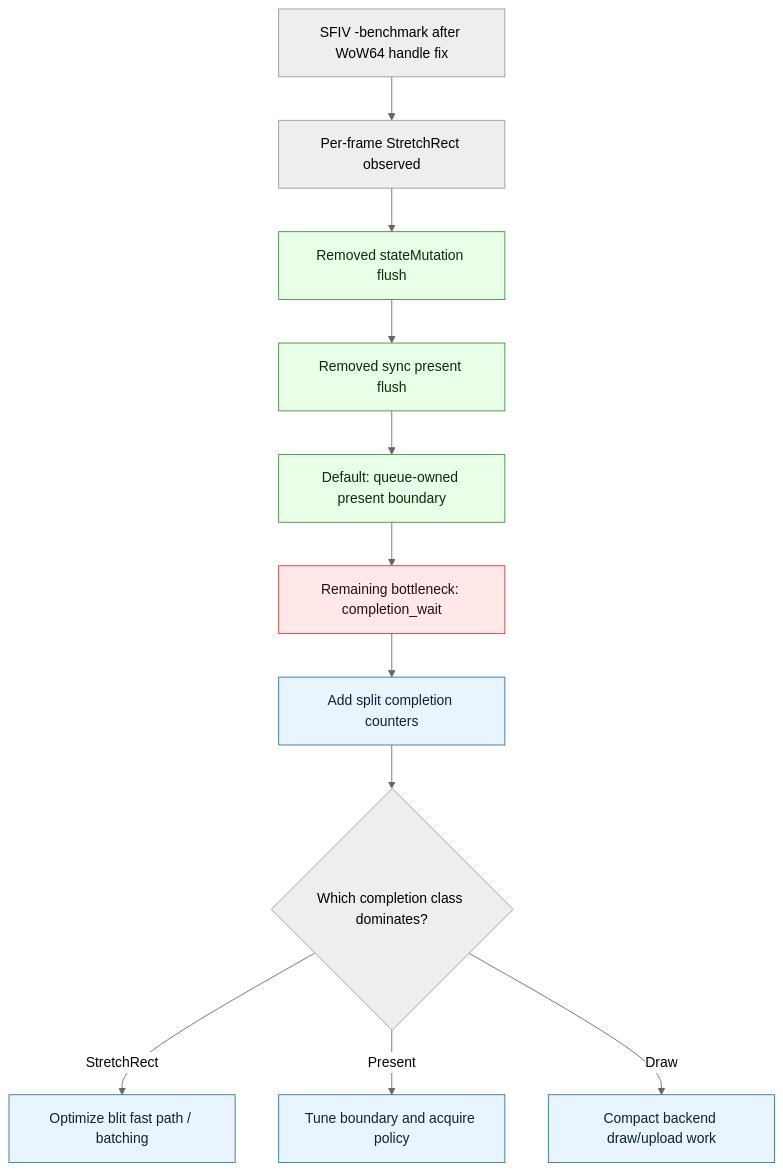
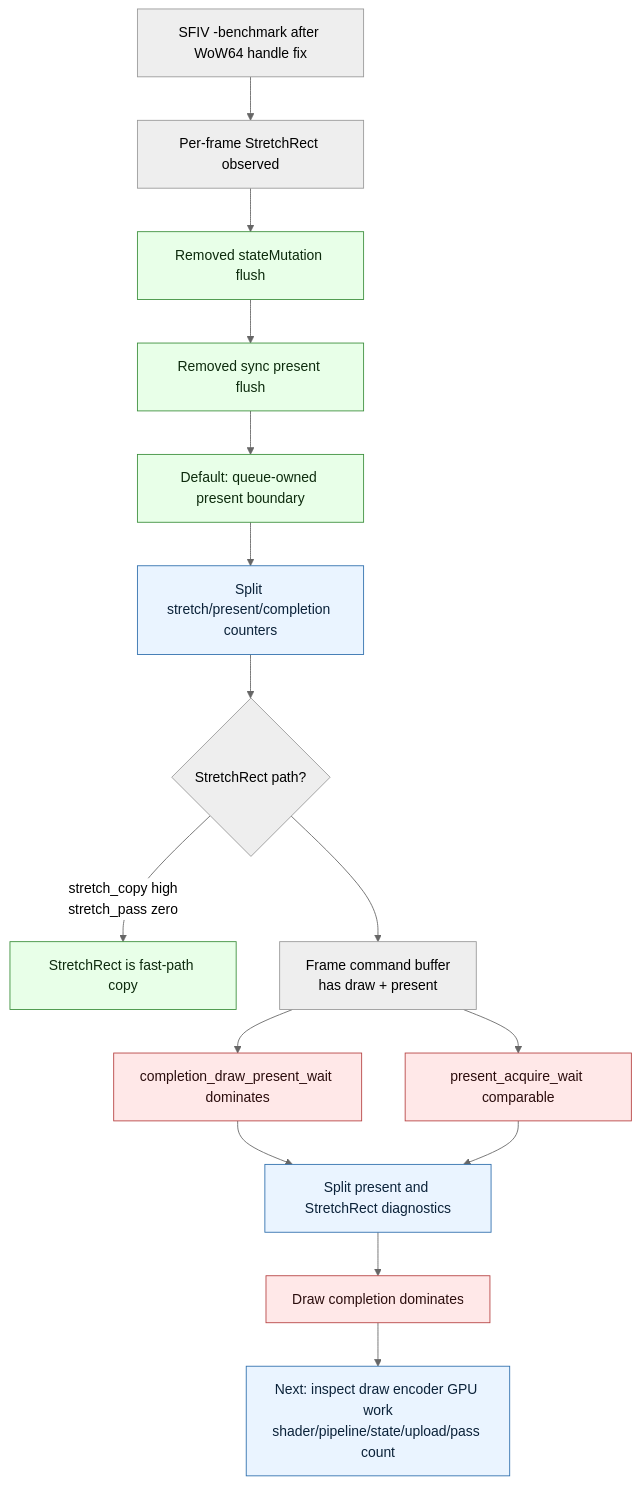
The tenth of 11 diagrams in docs/perfomance-bottleneck.md (dfdgsdfg/dxmt9), drawn with Mermaid (neutral theme) before and after one commit. The commit also changed other lines of this file and 17 other files, not shown here.

Commit message:
dxmt9: add frame diagnostics probes

````diff
--- a/docs/perfomance-bottleneck.md
+++ b/docs/perfomance-bottleneck.md
@@ -514,21 +537,24 @@
 ```mermaid
 flowchart TD
   Start[SFIV -benchmark after WoW64 handle fix] --> PerFrame[Per-frame StretchRect observed]
   PerFrame --> RemovedState[Removed stateMutation flush]
   RemovedState --> RemovedPresent[Removed sync present flush]
   RemovedPresent --> QueueBoundary[Default: queue-owned present boundary]
-  QueueBoundary --> Remaining[Remaining bottleneck: completion_wait]
-
-  Remaining --> Counters[Add split completion counters]
-  Counters --> Blit{Which completion class dominates?}
-  Blit -->|StretchRect| StretchPath[Optimize blit fast path / batching]
-  Blit -->|Present| PresentPath[Tune boundary and acquire policy]
-  Blit -->|Draw| DrawPath[Compact backend draw/upload work]
+  QueueBoundary --> Counters[Split stretch/present/completion counters]
+  Counters --> Stretch{StretchRect path?}
+  Stretch -->|stretch_copy high\nstretch_pass zero| StretchDone[StretchRect is fast-path copy]
+  Stretch --> FrameCB[Frame command buffer\nhas draw + present]
+  FrameCB --> Wait[completion_draw_present_wait dominates]
+  FrameCB --> Acquire[present_acquire_wait comparable]
+  Wait --> Split[Split present and StretchRect diagnostics]
+  Acquire --> Split
+  Split --> DrawHot[Draw completion dominates]
+  DrawHot --> Next[Next: inspect draw encoder GPU work\nshader/pipeline/state/upload/pass count]
 
   classDef done fill:#e8ffe8,stroke:#3c8f3c,color:#0d2b0d
   classDef wait fill:#ffe8e8,stroke:#b64242,color:#2b0d0d
   classDef next fill:#eaf4ff,stroke:#2f6fad,color:#0b2239
-  class RemovedState,RemovedPresent,QueueBoundary done
-  class Remaining wait
-  class Counters,StretchPath,PresentPath,DrawPath next
+  class RemovedState,RemovedPresent,QueueBoundary,StretchDone done
+  class Wait,Acquire,DrawHot wait
+  class Counters,Split,Next next
 ```
````
